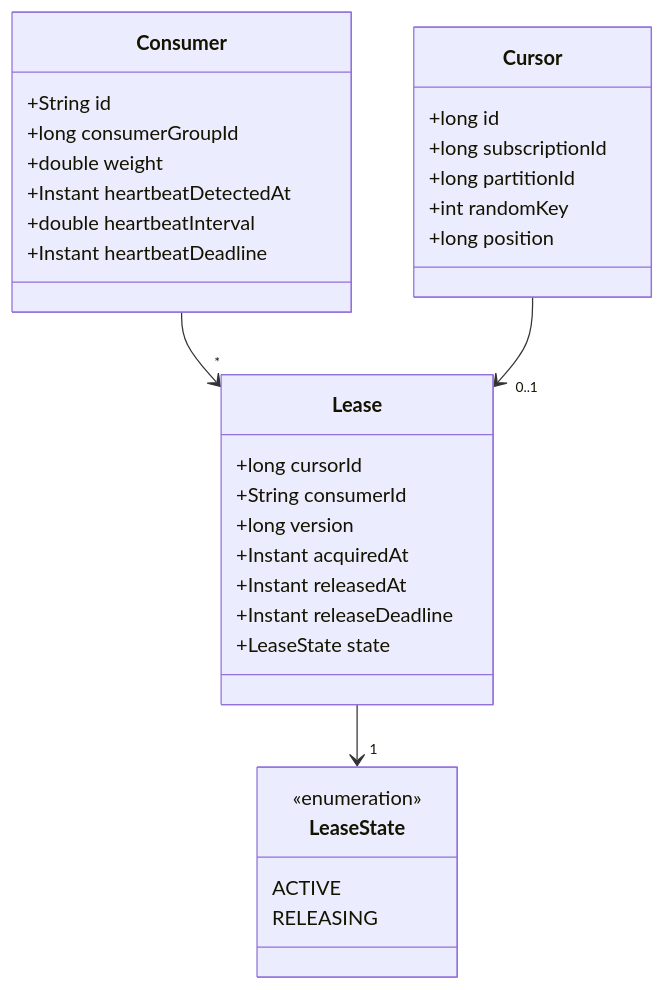
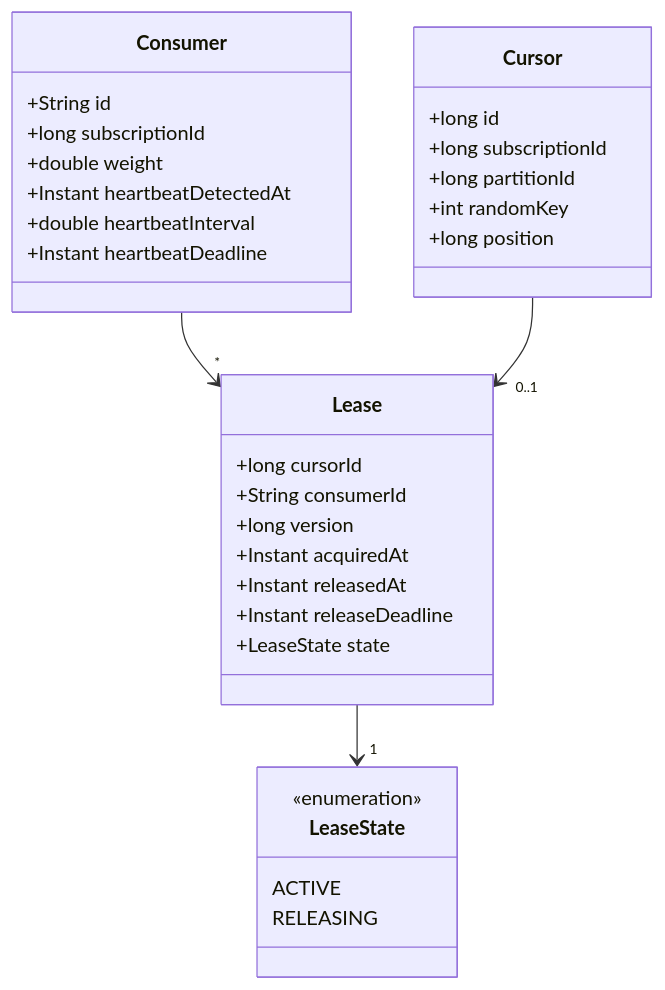
Before and after one commit to rbilleci/boxy: the second of 3 diagrams in README.md, drawn with Mermaid. The commit also changed other lines of this file and 47 other files, not shown here.

````diff
--- a/README.md
+++ b/README.md
@@ -135,35 +136,35 @@
 ```mermaid
 classDiagram
     class Consumer {
         +String id
-        +long consumerGroupId
+        +long subscriptionId
         +double weight
         +Instant heartbeatDetectedAt
         +double heartbeatInterval
         +Instant heartbeatDeadline
     }
     class Cursor {
         +long id
         +long subscriptionId
         +long partitionId
         +int randomKey
         +long position
     }
     class Lease {
         +long cursorId
         +String consumerId
         +long version
         +Instant acquiredAt
         +Instant releasedAt
         +Instant releaseDeadline
         +LeaseState state
     }
     class LeaseState {
         <<enumeration>>
         ACTIVE
         RELEASING
     }
     Consumer --> "*" Lease
     Cursor --> "0..1" Lease
     Lease --> "1" LeaseState
 ```
````
